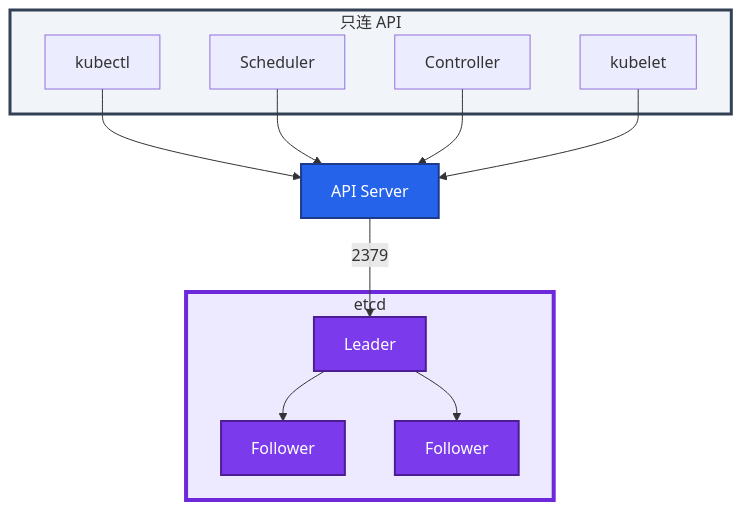
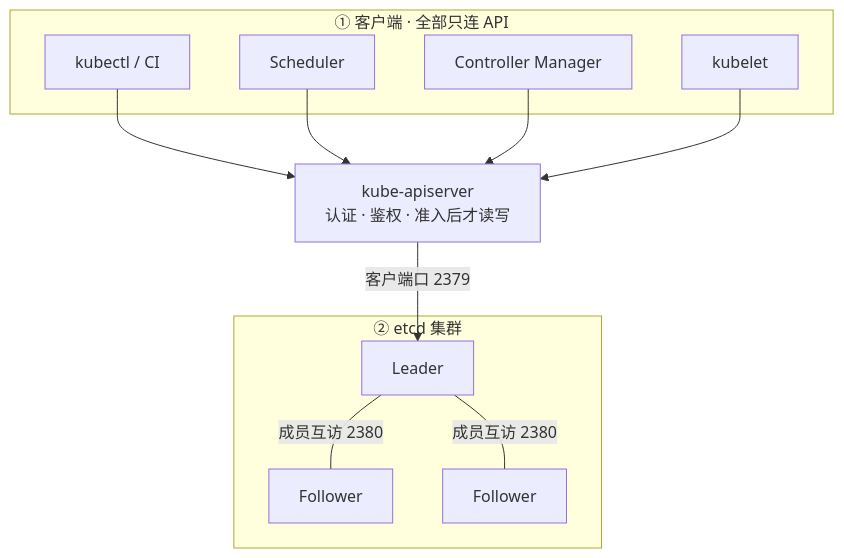
One commit to ml-cuizijun/LearnToLilith changed the first of 5 diagrams in 03-Kubernetes/02-etcd/练习题.md. Above: the diagram before and after it, drawn with Mermaid. The commit also changed other lines of this file and 470 other files, not shown here.

````diff
--- a/03-Kubernetes/02-etcd/练习题.md
+++ b/03-Kubernetes/02-etcd/练习题.md
@@ -44,28 +50,22 @@
 ```mermaid
 flowchart TB
-    subgraph clients ["只连 API"]
-        kubectl[kubectl]
-        sch[Scheduler]
-        cm[Controller]
-        kl[kubelet]
+    subgraph clients ["① 客户端 · 全部只连 API"]
+        kubectl["kubectl / CI"]
+        sch["Scheduler"]
+        cm["Controller Manager"]
+        kl["kubelet"]
     end
-    subgraph etcd ["etcd"]
-        L[Leader]
-        F1[Follower]
-        F2[Follower]
-        L --> F1
-        L --> F2
+    api["kube-apiserver<br/>认证 · 鉴权 · 准入后才读写"]
+    subgraph etcd ["② etcd 集群"]
+        L["Leader"]
+        F1["Follower"]
+        F2["Follower"]
+        L ---|"成员互访 2380"| F1
+        L ---|"成员互访 2380"| F2
     end
-    kubectl --> api[API Server]
+    kubectl --> api
     sch --> api
     cm --> api
     kl --> api
-    api -->|"2379"| L
-
-    classDef api fill:#2563EB,stroke:#1E3A8A,stroke-width:2px,color:#fff
-    classDef e fill:#7C3AED,stroke:#4C1D95,stroke-width:2px,color:#fff
-    class api api
-    class L,F1,F2 e
-    style clients fill:#F1F5F9,stroke:#334155,stroke-width:3px
-    style etcd fill:#EDE9FE,stroke:#6D28D9,stroke-width:4px
+    api -->|"客户端口 2379"| L
 ```
````
